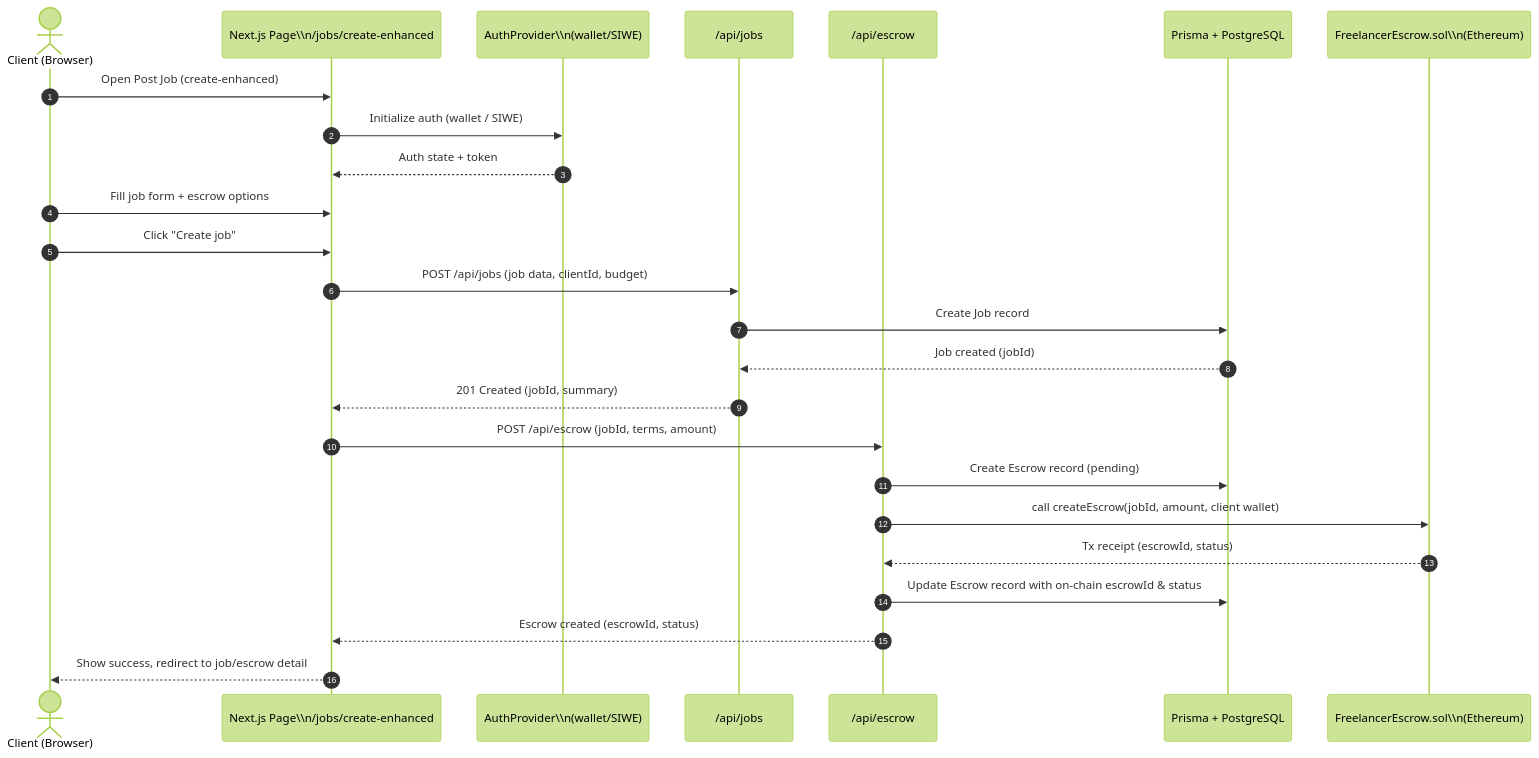
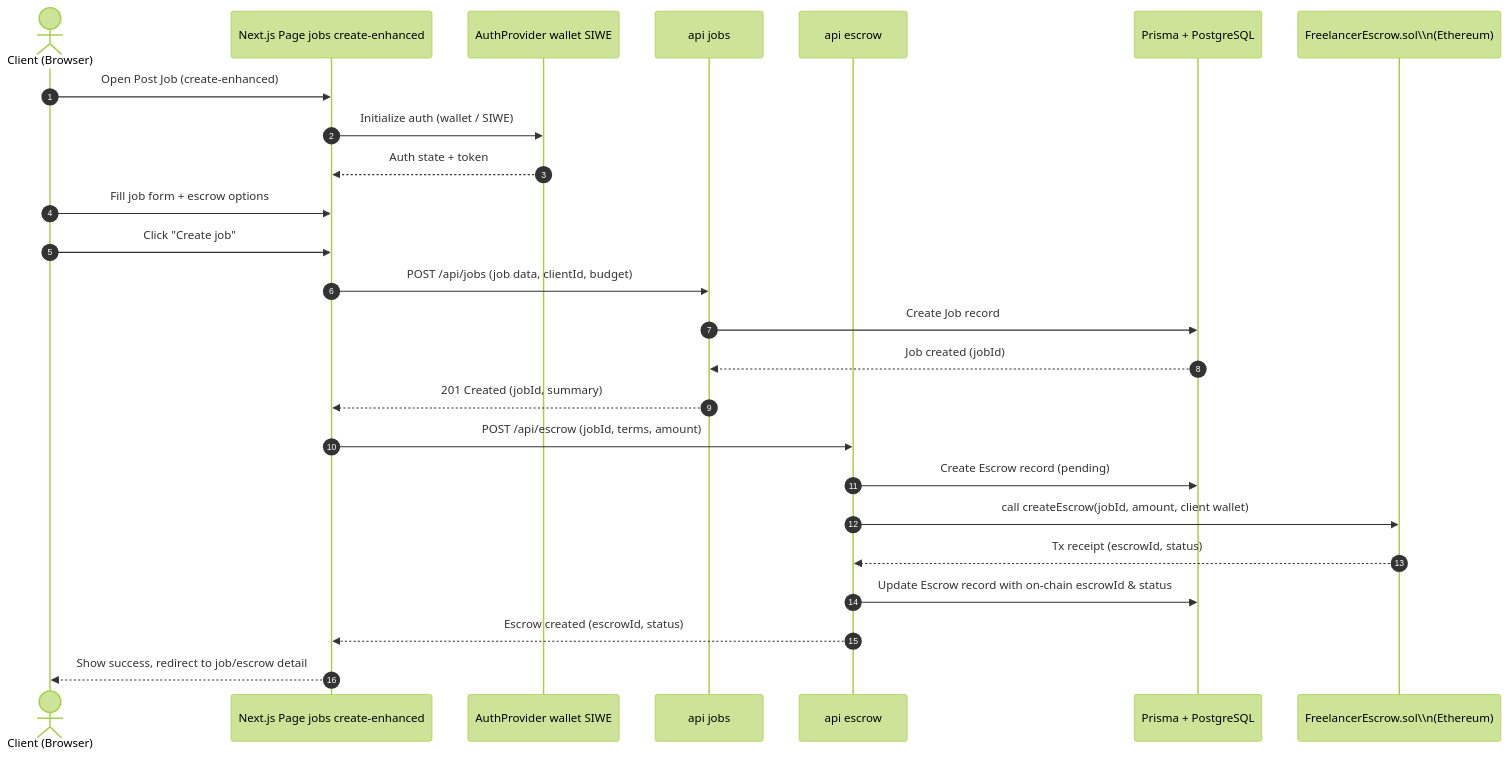
Before and after one commit to VoTeXG/freelancer_and_job_hunting_website: the eighth of 10 diagrams in docs/DIAGRAMS.md, drawn with Mermaid (forest theme). The commit also changed other lines of this file, not shown here.

Commit message:
Remove slashes from Mermaid labels

````diff
--- a/docs/DIAGRAMS.md
+++ b/docs/DIAGRAMS.md
@@ -246,33 +246,33 @@
 ```mermaid
 sequenceDiagram
     autonumber
     actor ClientUser as Client (Browser)
-    participant NextPage as Next.js Page\\n/jobs/create-enhanced
-    participant AuthProv as AuthProvider\\n(wallet/SIWE)
-    participant JobsAPI as /api/jobs
-    participant EscrowAPI as /api/escrow
+  participant NextPage as Next.js Page jobs create-enhanced
+  participant AuthProv as AuthProvider wallet SIWE
+  participant JobsAPI as api jobs
+  participant EscrowAPI as api escrow
     participant Prisma as Prisma + PostgreSQL
     participant EscrowSC as FreelancerEscrow.sol\\n(Ethereum)
 
     ClientUser->>NextPage: Open Post Job (create-enhanced)
     NextPage->>AuthProv: Initialize auth (wallet / SIWE)
     AuthProv-->>NextPage: Auth state + token
 
     ClientUser->>NextPage: Fill job form + escrow options
     ClientUser->>NextPage: Click "Create job"
 
     NextPage->>JobsAPI: POST /api/jobs (job data, clientId, budget)
     JobsAPI->>Prisma: Create Job record
     Prisma-->>JobsAPI: Job created (jobId)
     JobsAPI-->>NextPage: 201 Created (jobId, summary)
 
     NextPage->>EscrowAPI: POST /api/escrow (jobId, terms, amount)
     EscrowAPI->>Prisma: Create Escrow record (pending)
     EscrowAPI->>EscrowSC: call createEscrow(jobId, amount, client wallet)
     EscrowSC-->>EscrowAPI: Tx receipt (escrowId, status)
 
     EscrowAPI->>Prisma: Update Escrow record with on-chain escrowId & status
     EscrowAPI-->>NextPage: Escrow created (escrowId, status)
 
     NextPage-->>ClientUser: Show success, redirect to job/escrow detail
 ```
````
